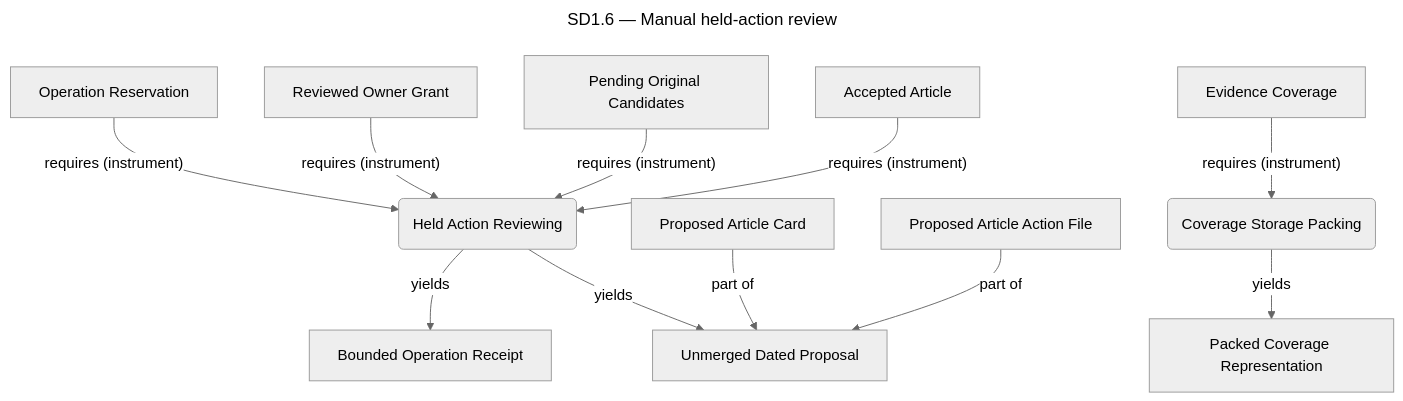
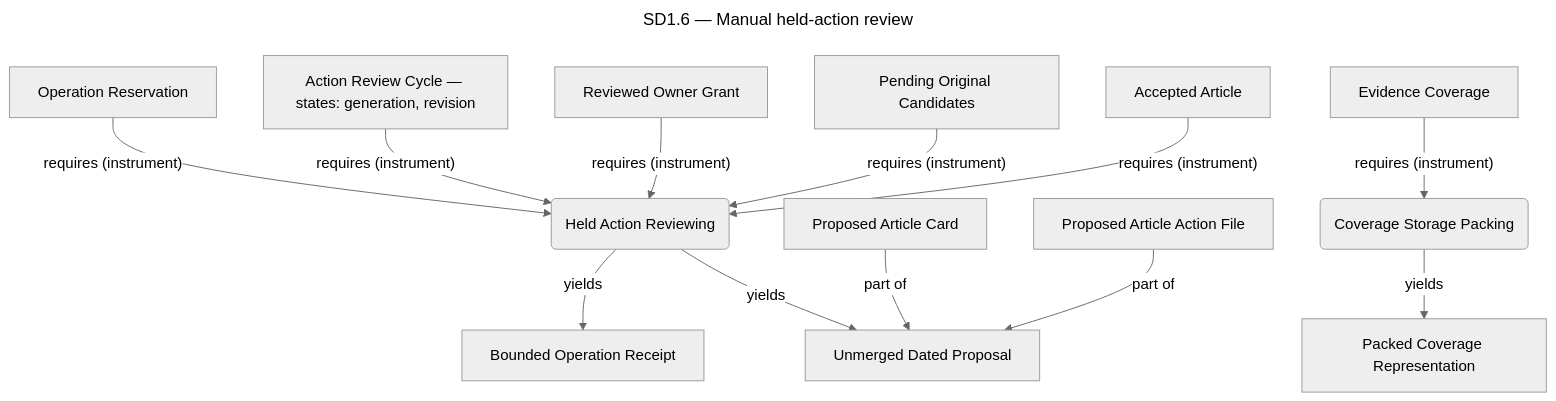
One commit to ojfbot/daily-logger changed the seventh of 7 diagrams in opm/system.md. Above: the diagram before and after it, drawn with Mermaid (neutral theme). The commit also changed other lines of this file and 5 other files, not shown here.

Commit message:
Bind held revisions to one-use action review cycles

````diff
--- a/opm/system.md
+++ b/opm/system.md
@@ -1205,30 +1205,32 @@
 ```mermaid
 ---
 title: "SD1.6 — Manual held-action review"
 ---
 flowchart TD
   accTitle: SD1.6 — Manual held-action review
   accDescr: Lossy system model projection. Complete source facts follow this diagram.
   n205["Accepted Article"]
   n206("Held Action Reviewing")
   n207["Pending Original Candidates"]
   n208["Reviewed Owner Grant"]
+  n29["Action Review Cycle — states: generation, revision"]
   n209["Operation Reservation"]
   n210["Unmerged Dated Proposal"]
   n211["Bounded Operation Receipt"]
   n230["Proposed Article Card"]
   n231["Proposed Article Action File"]
   n169["Evidence Coverage"]
   n212("Coverage Storage Packing")
   n213["Packed Coverage Representation"]
   n205 -->|"requires (instrument)"| n206
   n207 -->|"requires (instrument)"| n206
   n208 -->|"requires (instrument)"| n206
+  n29 -->|"requires (instrument)"| n206
   n209 -->|"requires (instrument)"| n206
   n206 -->|"yields"| n210
   n206 -->|"yields"| n211
   n230 -->|"part of"| n210
   n231 -->|"part of"| n210
   n169 -->|"requires (instrument)"| n212
   n212 -->|"yields"| n213
 ```
````
